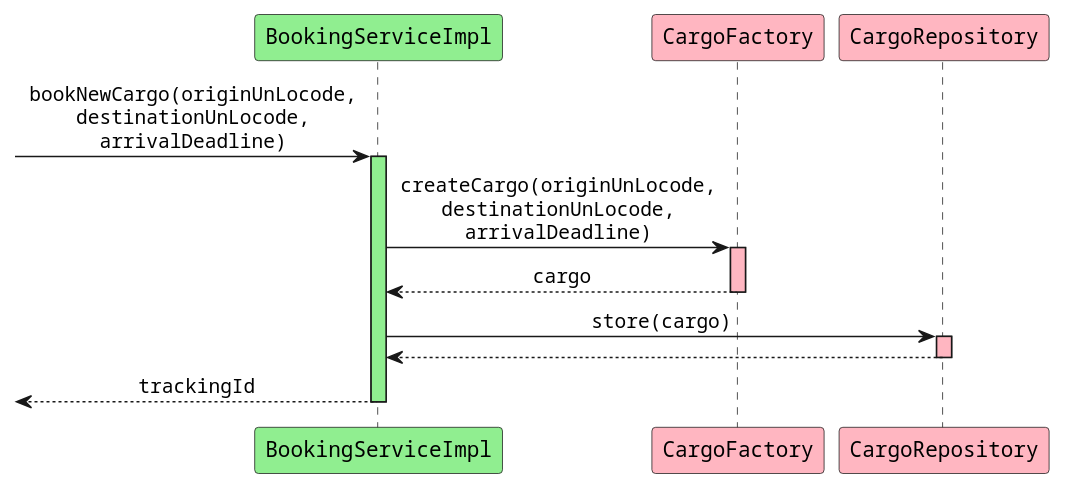
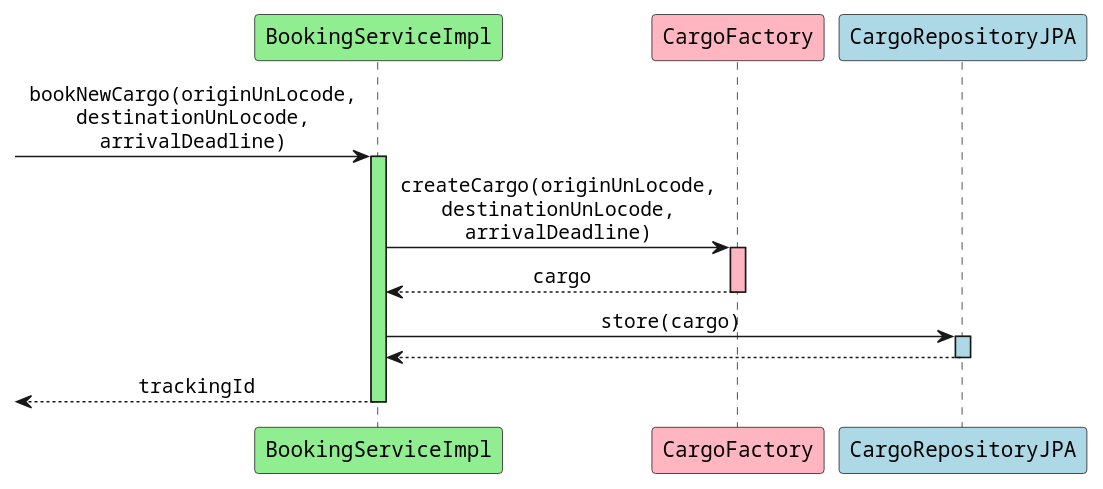
Before and after one commit to aowss/dddsample-core: the diagram in src/site/resources/diagrams/BookingServiceImpl_bookNewCargo.puml, drawn with PlantUML. The commit also changed 18 other files, not shown here.

```diff
--- a/src/site/resources/diagrams/BookingServiceImpl_bookNewCargo.puml
+++ b/src/site/resources/diagrams/BookingServiceImpl_bookNewCargo.puml
@@ -1,26 +1,26 @@
 @startuml
 skinparam monochrome false
 skinparam defaultFontName Courier
 skinparam sequenceMessageAlign center
 
 participant "BookingServiceImpl" as bs #lightgreen
 participant "CargoFactory" as cf #lightpink
-participant "CargoRepository" as cr #lightpink
+participant "CargoRepositoryJPA" as cr #lightblue
 
 [-> bs: bookNewCargo(originUnLocode,\ndestinationUnLocode,\narrivalDeadline)
 activate bs #lightgreen
 
 bs -> cf: createCargo(originUnLocode,\ndestinationUnLocode,\narrivalDeadline)
 activate cf #lightpink
 cf --> bs: cargo
 deactivate cf
 
 bs -> cr: store(cargo)
-activate cr #lightpink
+activate cr #lightblue
 cr --> bs
 deactivate cr
 
 [<-- bs: trackingId
 deactivate bs
 
 @enduml 
```
